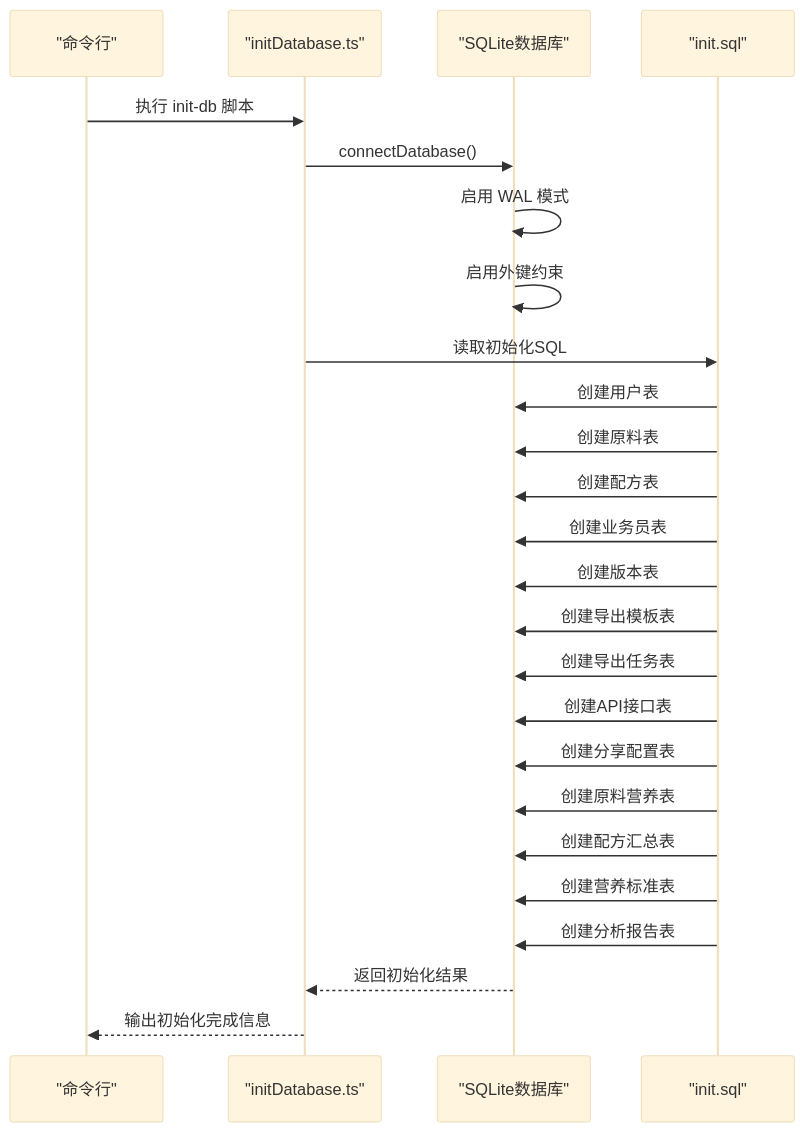
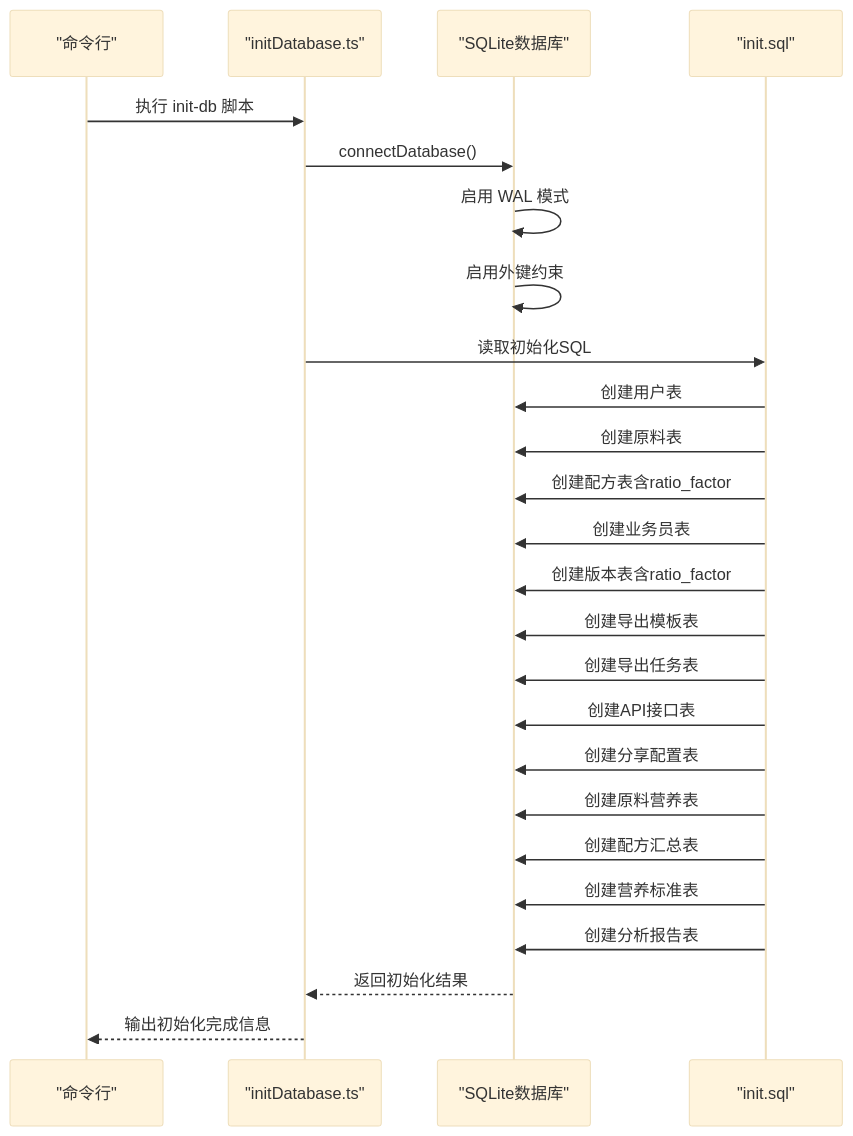
Before and after one commit to xpretycn/TingStudio: the third of 6 diagrams in .qoder/repowiki/zh/content/数据库设计/数据库概览.md, drawn with Mermaid (base theme). The commit also changed other lines of this file and 26 other files, not shown here.

````diff
--- a/.qoder/repowiki/zh/content/数据库设计/数据库概览.md
+++ b/.qoder/repowiki/zh/content/数据库设计/数据库概览.md
@@ -163,27 +185,27 @@
 ```mermaid
 sequenceDiagram
 participant CLI as "命令行"
 participant InitDB as "initDatabase.ts"
 participant DB as "SQLite数据库"
 participant SQL as "init.sql"
 CLI->>InitDB : 执行 init-db 脚本
 InitDB->>DB : connectDatabase()
 DB->>DB : 启用 WAL 模式
 DB->>DB : 启用外键约束
 InitDB->>SQL : 读取初始化SQL
 SQL->>DB : 创建用户表
 SQL->>DB : 创建原料表
-SQL->>DB : 创建配方表
+SQL->>DB : 创建配方表含ratio_factor
 SQL->>DB : 创建业务员表
-SQL->>DB : 创建版本表
+SQL->>DB : 创建版本表含ratio_factor
 SQL->>DB : 创建导出模板表
 SQL->>DB : 创建导出任务表
 SQL->>DB : 创建API接口表
 SQL->>DB : 创建分享配置表
 SQL->>DB : 创建原料营养表
 SQL->>DB : 创建配方汇总表
 SQL->>DB : 创建营养标准表
 SQL->>DB : 创建分析报告表
 DB-->>InitDB : 返回初始化结果
 InitDB-->>CLI : 输出初始化完成信息
 ```
````
